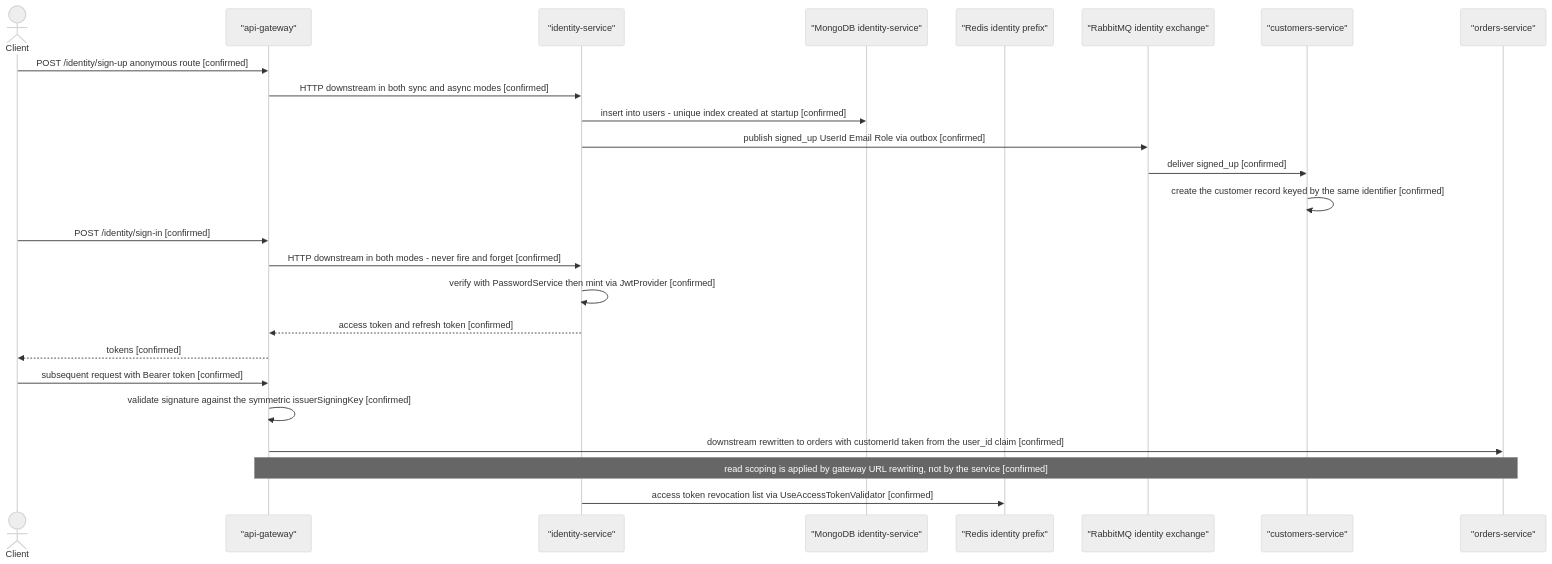
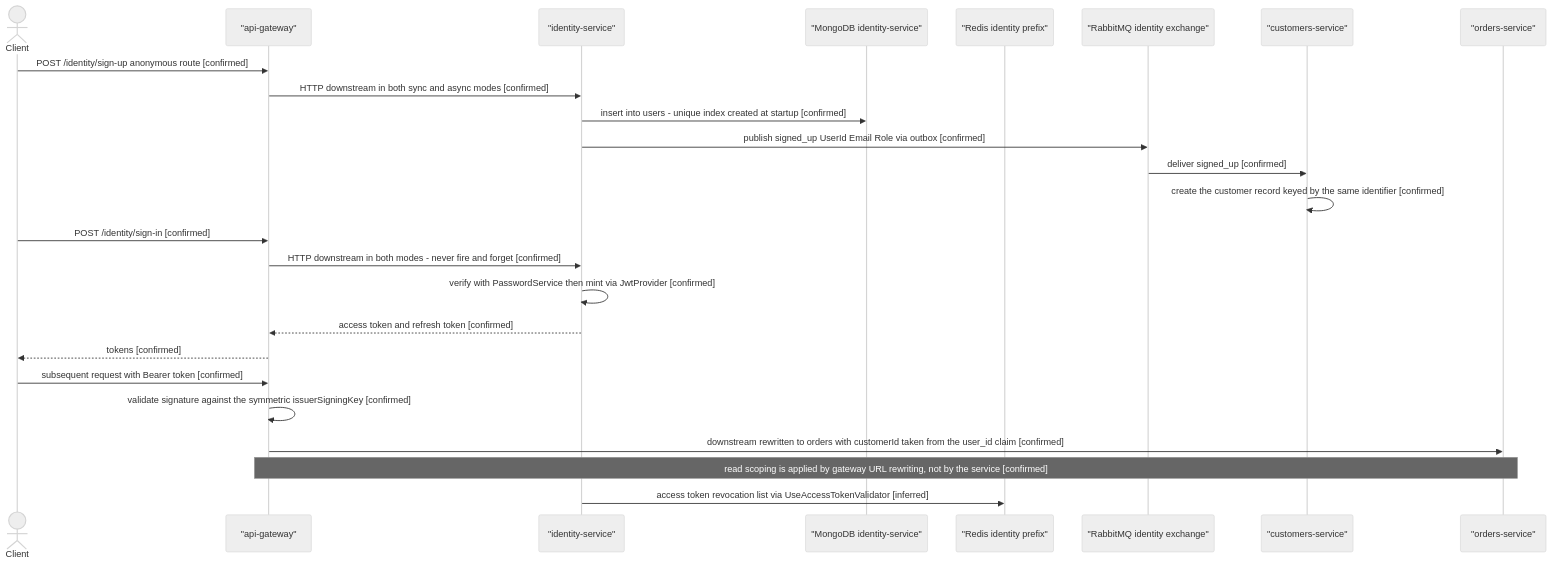
Diagram 12 of 22 in docs/architecture-inventory/architecture-views.md (hianshul100/Pacco.Context), drawn with Mermaid (neutral theme) before and after one commit. The commit also changed other lines of this file, not shown here.

First line of the commit message:
docs(architecture-views): correct saga flow, message counts and ER fields

````diff
--- a/docs/architecture-inventory/architecture-views.md
+++ b/docs/architecture-inventory/architecture-views.md
@@ -629,28 +666,28 @@
 ```mermaid
 sequenceDiagram
     actor Client
     participant GW as "api-gateway"
     participant ID as "identity-service"
     participant IDB as "MongoDB identity-service"
     participant RDS as "Redis identity prefix"
     participant MQ as "RabbitMQ identity exchange"
     participant CU as "customers-service"
     participant ORD as "orders-service"
 
     Client->>GW: POST /identity/sign-up anonymous route [confirmed]
     GW->>ID: HTTP downstream in both sync and async modes [confirmed]
     ID->>IDB: insert into users - unique index created at startup [confirmed]
     ID->>MQ: publish signed_up UserId Email Role via outbox [confirmed]
     MQ->>CU: deliver signed_up [confirmed]
     CU->>CU: create the customer record keyed by the same identifier [confirmed]
     Client->>GW: POST /identity/sign-in [confirmed]
     GW->>ID: HTTP downstream in both modes - never fire and forget [confirmed]
     ID->>ID: verify with PasswordService then mint via JwtProvider [confirmed]
     ID-->>GW: access token and refresh token [confirmed]
     GW-->>Client: tokens [confirmed]
     Client->>GW: subsequent request with Bearer token [confirmed]
     GW->>GW: validate signature against the symmetric issuerSigningKey [confirmed]
     GW->>ORD: downstream rewritten to orders with customerId taken from the user_id claim [confirmed]
     Note over GW,ORD: read scoping is applied by gateway URL rewriting, not by the service [confirmed]
-    ID->>RDS: access token revocation list via UseAccessTokenValidator [confirmed]
+    ID->>RDS: access token revocation list via UseAccessTokenValidator [inferred]
 ```
````
